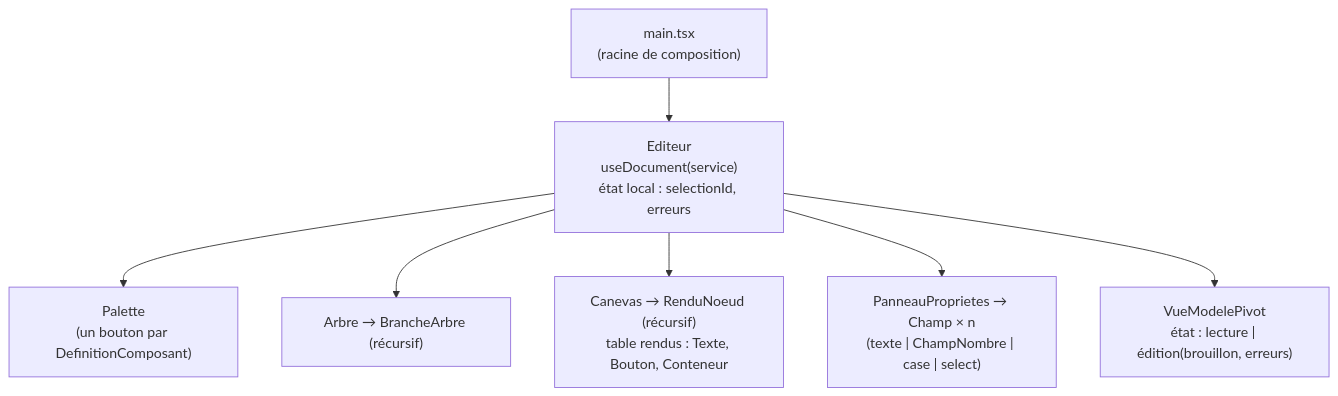
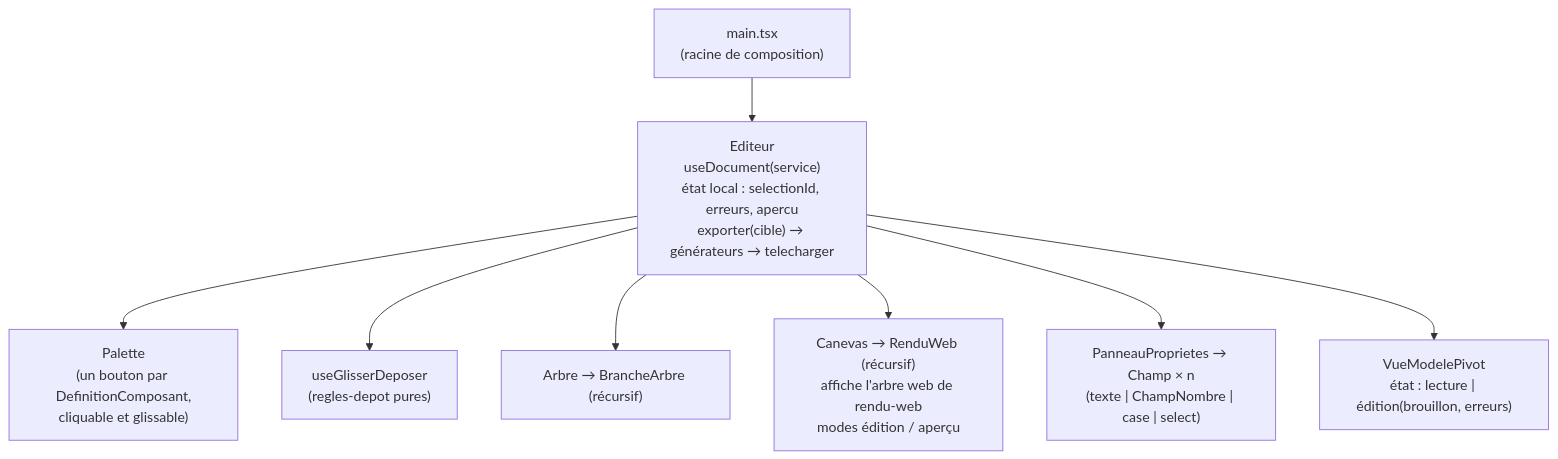
One commit to JuveHeydene/PivotCode changed the diagram in docs/reference/diagrammes/08-arbre-composants-react.mmd. Above: the diagram before and after it, drawn with Mermaid. The commit also changed 249 other files, not shown here.

```diff
--- a/docs/reference/diagrammes/08-arbre-composants-react.mmd
+++ b/docs/reference/diagrammes/08-arbre-composants-react.mmd
@@ -1,8 +1,9 @@
 flowchart TB
     main["main.tsx<br/>(racine de composition)"] --> Editeur
-    Editeur["Editeur<br/>useDocument(service)<br/>état local : selectionId, erreurs"]
-    Editeur --> Palette["Palette<br/>(un bouton par DefinitionComposant)"]
+    Editeur["Editeur<br/>useDocument(service)<br/>état local : selectionId, erreurs, apercu<br/>exporter(cible) → générateurs → telecharger"]
+    Editeur --> Palette["Palette<br/>(un bouton par DefinitionComposant,<br/>cliquable et glissable)"]
+    Editeur --> GD["useGlisserDeposer<br/>(regles-depot pures)"]
     Editeur --> Arbre["Arbre → BrancheArbre (récursif)"]
-    Editeur --> Canevas["Canevas → RenduNoeud (récursif)<br/>table rendus : Texte, Bouton, Conteneur"]
+    Editeur --> Canevas["Canevas → RenduWeb (récursif)<br/>affiche l'arbre web de rendu-web<br/>modes édition / aperçu"]
     Editeur --> PP["PanneauProprietes → Champ × n<br/>(texte | ChampNombre | case | select)"]
     Editeur --> VMP["VueModelePivot<br/>état : lecture | édition(brouillon, erreurs)"]
```
